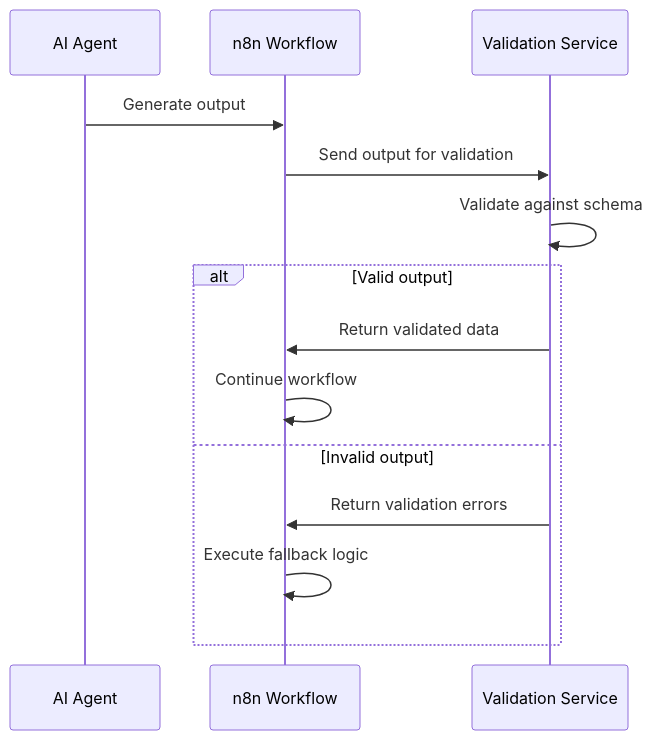
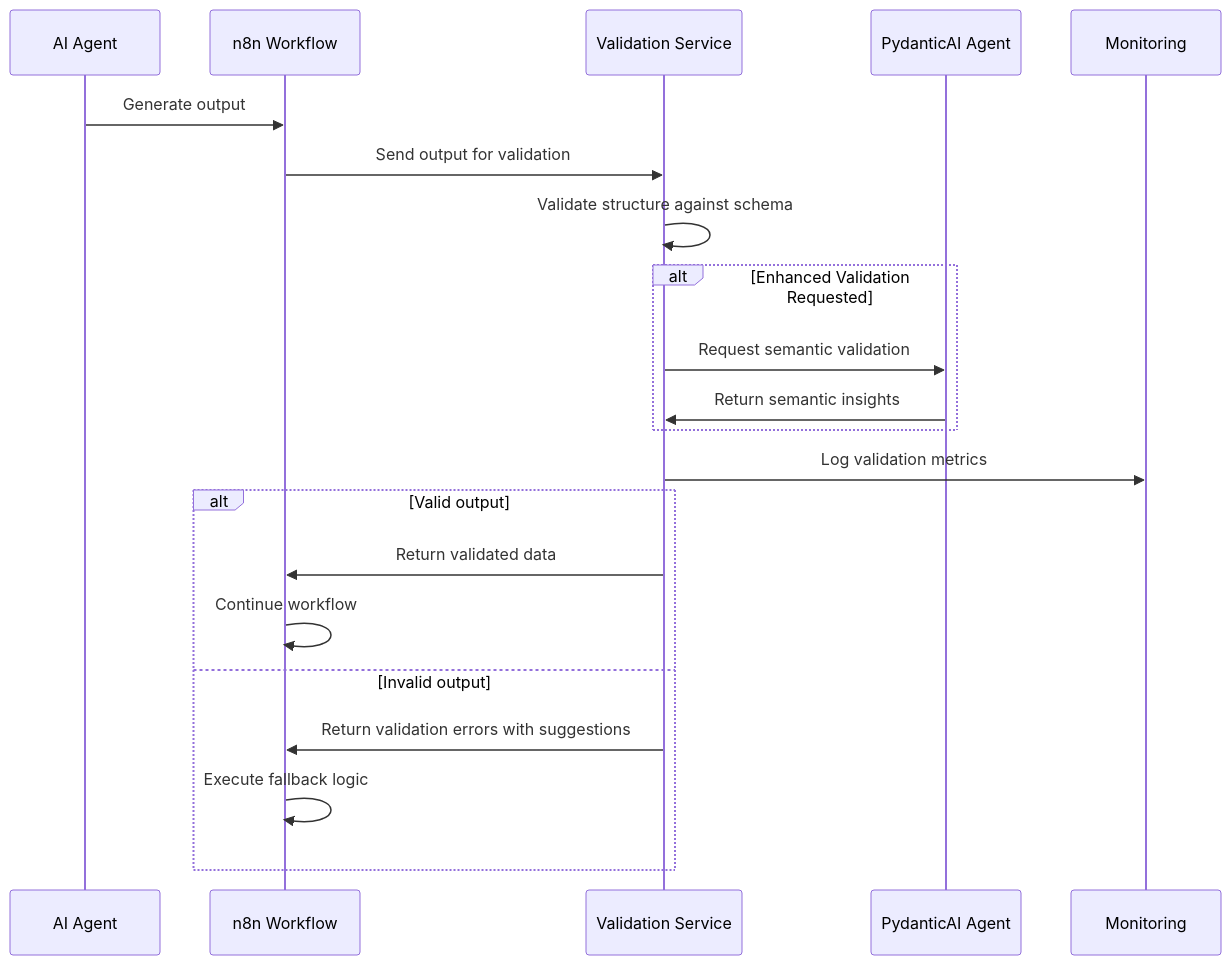
Before and after one commit to Ferymad/fastapi-pydantic: the second of 3 diagrams in masterplan.md, drawn with Mermaid. The commit also changed other lines of this file and 12 other files, not shown here.

Commit message:
Enhance AI Output Validation Service with PydanticAI integration and improved monitoring. Added support for semantic validation, updated README and documentation, and refined API endpoints. Updated requirements for new dependencies.

````diff
--- a/masterplan.md
+++ b/masterplan.md
@@ -58,17 +65,27 @@
 ```mermaid
 sequenceDiagram
     participant AI as AI Agent
     participant n8n as n8n Workflow
     participant Validator as Validation Service
+    participant PydanticAI as PydanticAI Agent
+    participant Logfire as Monitoring
     
     AI->>n8n: Generate output
     n8n->>Validator: Send output for validation
-    Validator->>Validator: Validate against schema
+    Validator->>Validator: Validate structure against schema
+    
+    alt Enhanced Validation Requested
+        Validator->>PydanticAI: Request semantic validation
+        PydanticAI->>Validator: Return semantic insights
+    end
+    
+    Validator->>Logfire: Log validation metrics
+    
     alt Valid output
         Validator->>n8n: Return validated data
         n8n->>n8n: Continue workflow
     else Invalid output
-        Validator->>n8n: Return validation errors
+        Validator->>n8n: Return validation errors with suggestions
         n8n->>n8n: Execute fallback logic
     end
 ```
````
